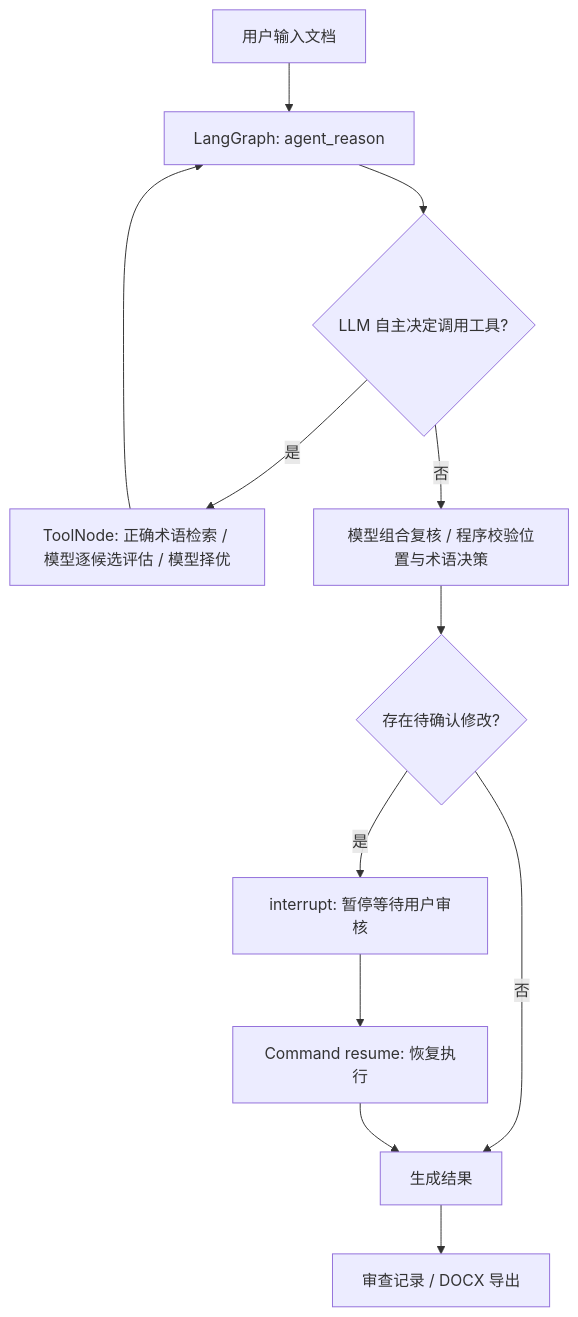
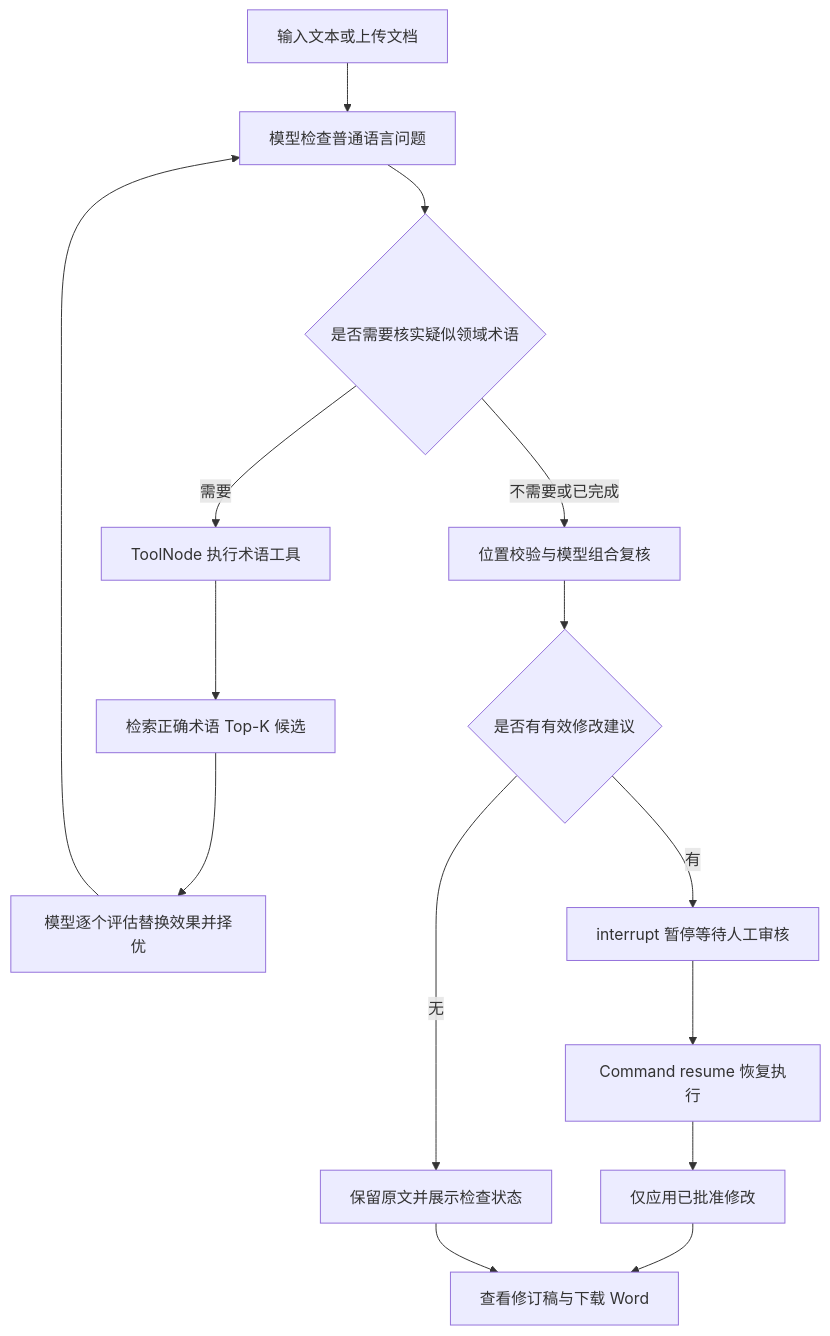
The first of 2 diagrams in README.md (notzjy/cryptoproof-agent), drawn with Mermaid before and after one commit. The commit also changed other lines of this file, not shown here.

````diff
--- a/README.md
+++ b/README.md
@@ -7,14 +22,17 @@
 ```mermaid
 flowchart TD
-    A[用户输入文档] --> B[LangGraph: agent_reason]
-    B --> C{LLM 自主决定调用工具?}
-    C -->|是| D[ToolNode: 正确术语检索 / 模型逐候选评估 / 模型择优]
-    D --> B
-    C -->|否| E[模型组合复核 / 程序校验位置与术语决策]
-    E --> F{存在待确认修改?}
-    F -->|是| G[interrupt: 暂停等待用户审核]
-    G --> H[Command resume: 恢复执行]
-    F -->|否| I[生成结果]
-    H --> I
-    I --> J[审查记录 / DOCX 导出]
+    A[输入文本或上传文档] --> B[模型检查普通语言问题]
+    B --> C{是否需要核实疑似领域术语}
+    C -->|需要| D[ToolNode 执行术语工具]
+    D --> E[检索正确术语 Top-K 候选]
+    E --> F[模型逐个评估替换效果并择优]
+    F --> B
+    C -->|不需要或已完成| G[位置校验与模型组合复核]
+    G --> H{是否有有效修改建议}
+    H -->|有| I[interrupt 暂停等待人工审核]
+    I --> J[Command resume 恢复执行]
+    J --> K[仅应用已批准修改]
+    H -->|无| L[保留原文并展示检查状态]
+    K --> M[查看修订稿与下载 Word]
+    L --> M
 ```
````
